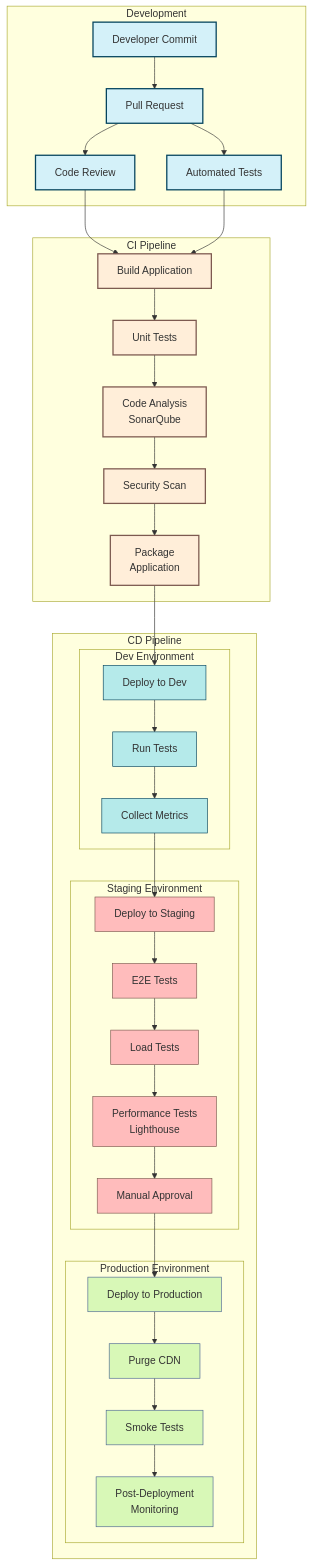
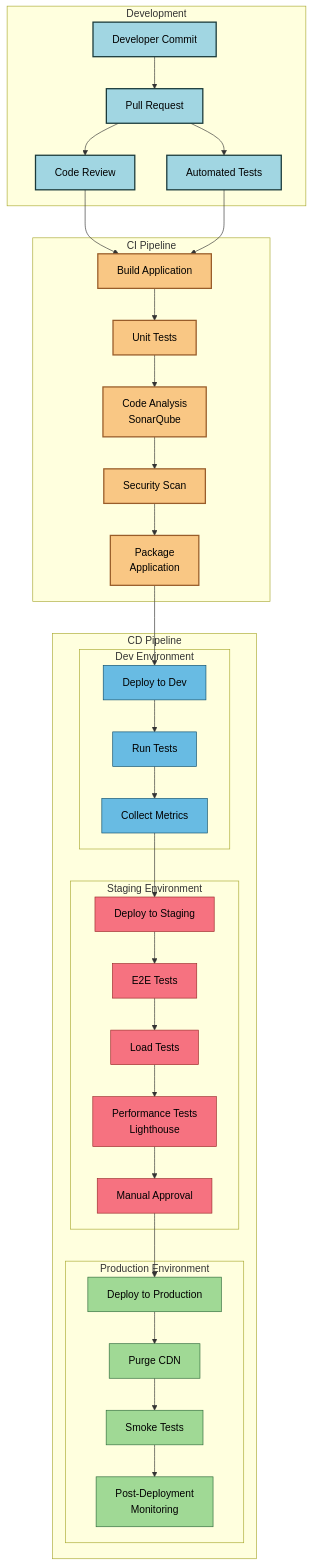
The diagram in readme.md (rjpxviii/azure-devops-automated-integration), drawn with Mermaid before and after one commit.

Commit message:
Improved pipeline diagram readability in README with better contrast

````diff
--- a/readme.md
+++ b/readme.md
@@ -6,80 +6,80 @@
 ```mermaid
 flowchart TB
     subgraph "Development"
         Dev_Commit["Developer Commit"]
         PR["Pull Request"]
         Code_Review["Code Review"]
         Auto_Tests["Automated Tests"]
     end
     
     subgraph "CI Pipeline"
         Build["Build Application"]
         Unit_Tests["Unit Tests"]
         Code_Analysis["Code Analysis\nSonarQube"]
         Sec_Scan["Security Scan"]
         Package["Package\nApplication"]
     end
     
     subgraph "CD Pipeline"
         subgraph "Dev Environment"
             Dev_Deploy["Deploy to Dev"]
             Dev_Tests["Run Tests"]
             Dev_Metrics["Collect Metrics"]
         end
         
         subgraph "Staging Environment"
             Staging_Deploy["Deploy to Staging"]
             E2E_Tests["E2E Tests"]
             Load_Tests["Load Tests"]
             Perf_Tests["Performance Tests\nLighthouse"]
             Stage_Approval["Manual Approval"]
         end
         
         subgraph "Production Environment"
             Prod_Deploy["Deploy to Production"]
             CDN_Purge["Purge CDN"]
             Smoke_Tests["Smoke Tests"]
             Monitoring["Post-Deployment\nMonitoring"]
         end
     end
     
     Dev_Commit --> PR
     PR --> Code_Review
     PR --> Auto_Tests
     Code_Review --> Build
     Auto_Tests --> Build
     
     Build --> Unit_Tests
     Unit_Tests --> Code_Analysis
     Code_Analysis --> Sec_Scan
     Sec_Scan --> Package
     
     Package --> Dev_Deploy
     Dev_Deploy --> Dev_Tests
     Dev_Tests --> Dev_Metrics
     Dev_Metrics --> Staging_Deploy
     
     Staging_Deploy --> E2E_Tests
     E2E_Tests --> Load_Tests
     Load_Tests --> Perf_Tests
     Perf_Tests --> Stage_Approval
     Stage_Approval --> Prod_Deploy
     
     Prod_Deploy --> CDN_Purge
     CDN_Purge --> Smoke_Tests
     Smoke_Tests --> Monitoring
     
-    classDef devphase fill:#D4F1F9,stroke:#05445E,stroke-width:2px
-    classDef ciphase fill:#FFEED9,stroke:#7D5A50,stroke-width:2px
-    classDef cdphase fill:#E7FBBE,stroke:#4C6793,stroke-width:2px
-    classDef devenv fill:#B5EAEA,stroke:#05445E,stroke-width:1px
-    classDef stageenv fill:#FFBCBC,stroke:#7D5A50,stroke-width:1px
-    classDef prodenv fill:#D8F8B7,stroke:#4C6793,stroke-width:1px
+    classDef devphase fill:#A1D6E2,stroke:#1A3A3A,stroke-width:2px,color:#000000
+    classDef ciphase fill:#F9C784,stroke:#995D2A,stroke-width:2px,color:#000000
+    classDef cdphase fill:#C3E8BD,stroke:#2F6D3A,stroke-width:2px,color:#000000
+    classDef devenv fill:#68BBE3,stroke:#0E4E6C,stroke-width:1px,color:#000000
+    classDef stageenv fill:#F67280,stroke:#9A2A2A,stroke-width:1px,color:#000000
+    classDef prodenv fill:#A0D995,stroke:#2D6A3A,stroke-width:1px,color:#000000
     
     class Dev_Commit,PR,Code_Review,Auto_Tests devphase
     class Build,Unit_Tests,Code_Analysis,Sec_Scan,Package ciphase
     class Dev_Deploy,Dev_Tests,Dev_Metrics,Staging_Deploy,E2E_Tests,Load_Tests,Perf_Tests,Stage_Approval,Prod_Deploy,CDN_Purge,Smoke_Tests,Monitoring cdphase
     class Dev_Deploy,Dev_Tests,Dev_Metrics devenv
     class Staging_Deploy,E2E_Tests,Load_Tests,Perf_Tests,Stage_Approval stageenv
     class Prod_Deploy,CDN_Purge,Smoke_Tests,Monitoring prodenv
 ```
````
